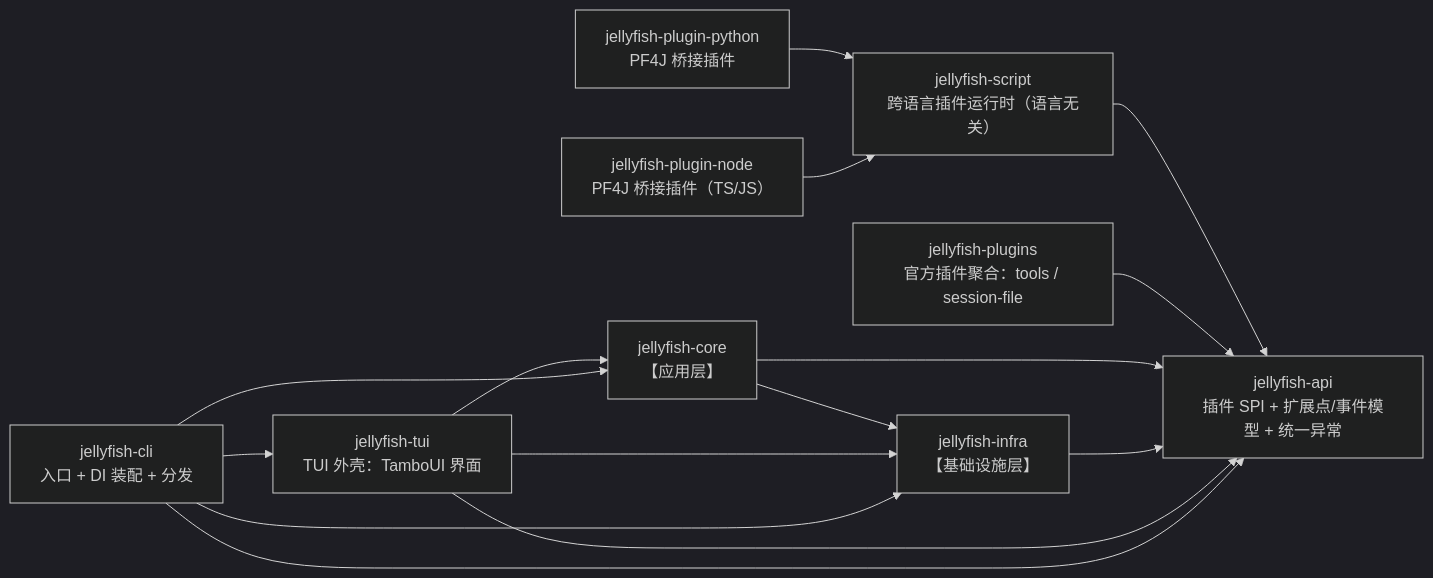
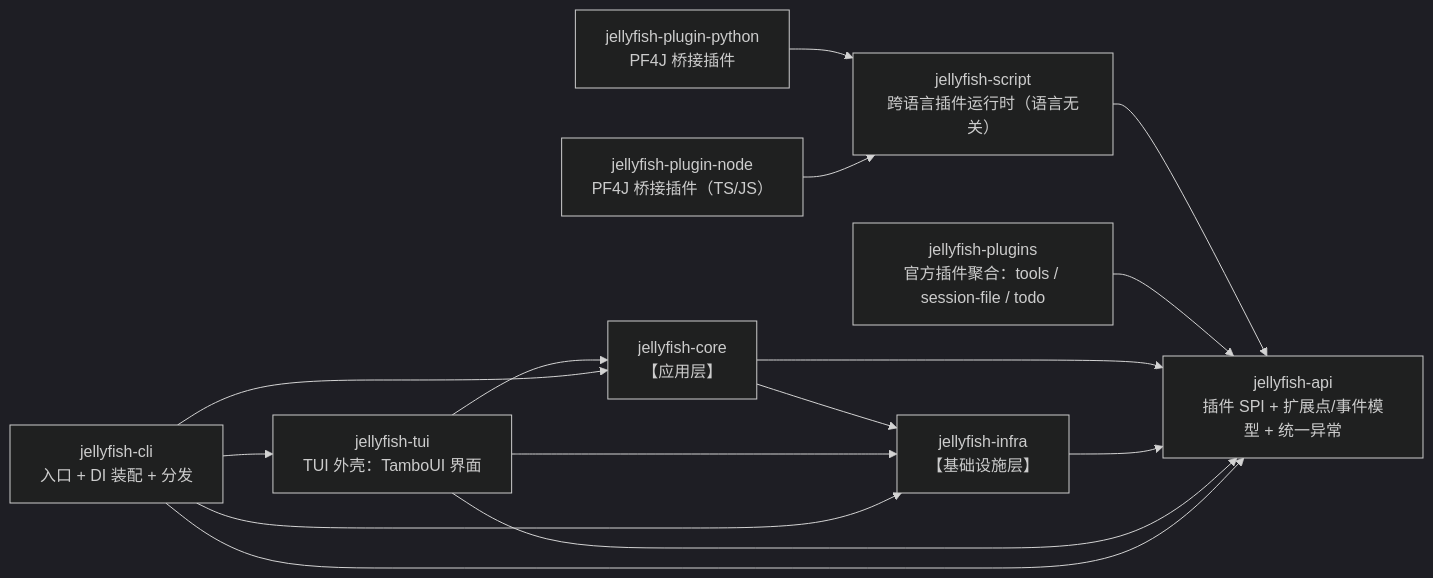
The second of 2 diagrams in AGENTS.md (zcd0831/Jellyfish), drawn with Mermaid (dark theme) before and after one commit. The commit also changed other lines of this file and 4 other files, not shown here.

````diff
--- a/AGENTS.md
+++ b/AGENTS.md
@@ -175,27 +175,27 @@
 ```mermaid
 flowchart LR
     API["jellyfish-api<br>插件 SPI + 扩展点/事件模型 + 统一异常"]
-    PLUGINS["jellyfish-plugins<br>官方插件聚合：tools / session-file"]
+    PLUGINS["jellyfish-plugins<br>官方插件聚合：tools / session-file / todo"]
     SCRIPT["jellyfish-script<br>跨语言插件运行时（语言无关）"]
     PY["jellyfish-plugin-python<br>PF4J 桥接插件"]
     NODE["jellyfish-plugin-node<br>PF4J 桥接插件（TS/JS）"]
     INFRA["jellyfish-infra<br>【基础设施层】"]
     CORE["jellyfish-core<br>【应用层】"]
     TUI["jellyfish-tui<br>TUI 外壳：TamboUI 界面"]
     CLI["jellyfish-cli<br>入口 + DI 装配 + 分发"]
 
     PY --> SCRIPT
     NODE --> SCRIPT
     SCRIPT --> API
     PLUGINS --> API
     CORE --> API
     CORE --> INFRA
     INFRA --> API
     TUI --> CORE
     TUI --> INFRA
     TUI --> API
     CLI --> CORE
     CLI --> INFRA
     CLI --> API
     CLI --> TUI
 ```
````
